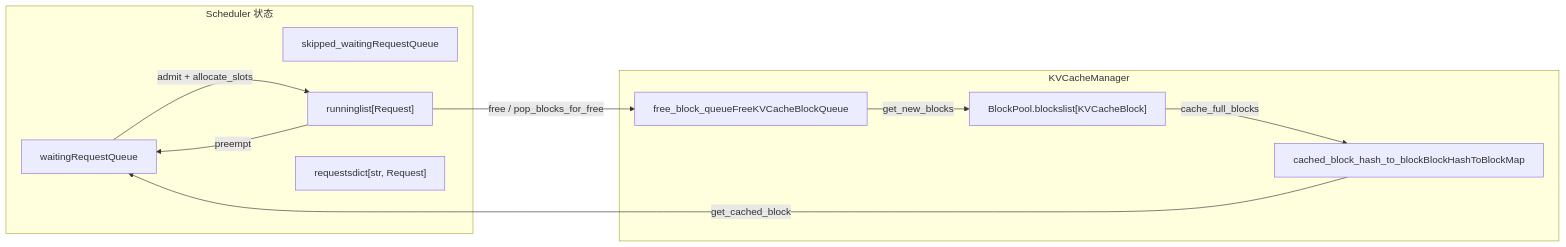
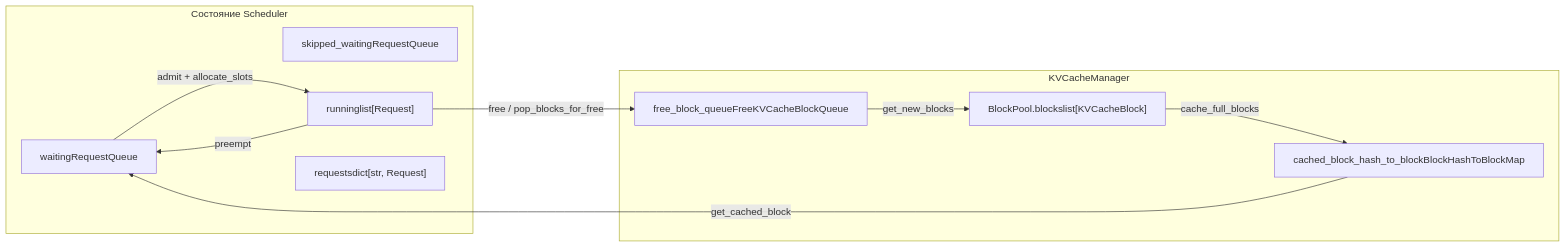
One commit to maleRjc/AiReadCodeBooks changed the first of 2 diagrams in books/vllm/ru/04-paged-attention-and-kv-cache-virtualization.md. Above: the diagram before and after it, drawn with Mermaid. The commit also changed other lines of this file and 74 other files, not shown here.

````diff
--- a/books/vllm/ru/04-paged-attention-and-kv-cache-virtualization.md
+++ b/books/vllm/ru/04-paged-attention-and-kv-cache-virtualization.md
@@ -19,20 +19,20 @@
 ```mermaid
 flowchart LR
-    subgraph Sched["Scheduler 状态"]
+    subgraph Sched["Состояние Scheduler"]
         W["waitingRequestQueue"]
         SW["skipped_waitingRequestQueue"]
         R["runninglist[Request]"]
         REQ["requestsdict[str, Request]"]
     end
     subgraph KV["KVCacheManager"]
         BP["BlockPool.blockslist[KVCacheBlock]"]
         FQ["free_block_queueFreeKVCacheBlockQueue"]
         MAP["cached_block_hash_to_blockBlockHashToBlockMap"]
     end
     W -->|"admit + allocate_slots"| R
     R -->|"preempt"| W
     R -->|"free / pop_blocks_for_free"| FQ
     FQ -->|"get_new_blocks"| BP
     BP -->|"cache_full_blocks"| MAP
     MAP -->|"get_cached_block"| W
 ```
````
